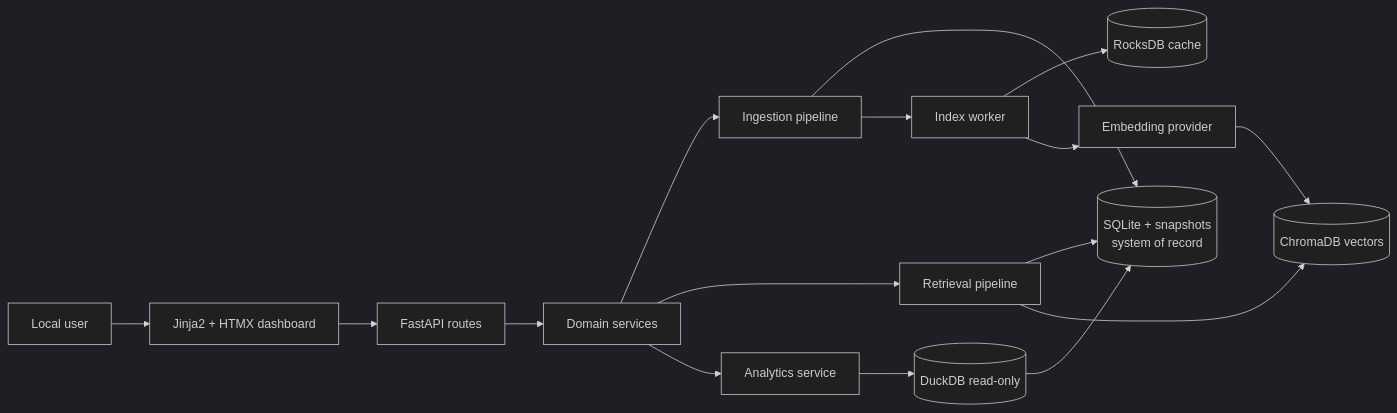
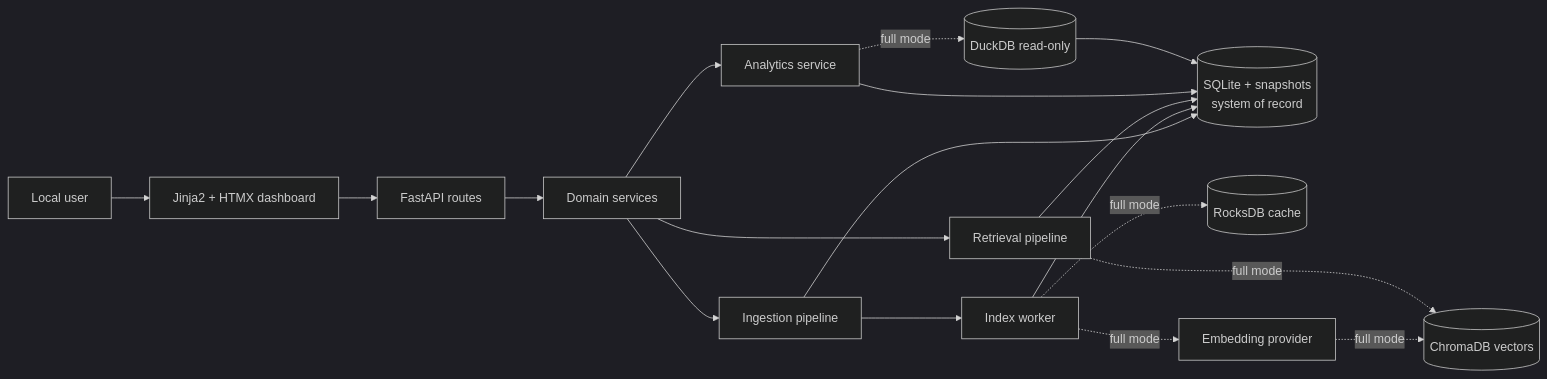
The diagram in docs/architecture/00-system-overview.md (ryantr-statinops/InfoBoard), drawn with Mermaid (dark theme) before and after one commit. The commit also changed other lines of this file and 10 other files, not shown here.

Commit message:
docs(architecture): establish canonical interface contracts

````diff
--- a/docs/architecture/00-system-overview.md
+++ b/docs/architecture/00-system-overview.md
@@ -9,18 +9,20 @@
 ```mermaid
 flowchart LR
     User[Local user] --> UI[Jinja2 + HTMX dashboard]
     UI --> API[FastAPI routes]
     API --> Services[Domain services]
     Services --> Ingest[Ingestion pipeline]
     Services --> Retrieval[Retrieval pipeline]
     Services --> Analytics[Analytics service]
     Ingest --> SQLite[(SQLite + snapshots<br/>system of record)]
     Ingest --> Worker[Index worker]
-    Worker --> Rocks[(RocksDB cache)]
-    Worker --> Embed[Embedding provider]
-    Embed --> Chroma[(ChromaDB vectors)]
+    Worker --> SQLite
+    Worker -. full mode .-> Rocks[(RocksDB cache)]
+    Worker -. full mode .-> Embed[Embedding provider]
+    Embed -. full mode .-> Chroma[(ChromaDB vectors)]
     Retrieval --> SQLite
-    Retrieval --> Chroma
-    Analytics --> Duck[(DuckDB read-only)]
+    Retrieval -. full mode .-> Chroma
+    Analytics --> SQLite
+    Analytics -. full mode .-> Duck[(DuckDB read-only)]
     Duck --> SQLite
 ```
````
